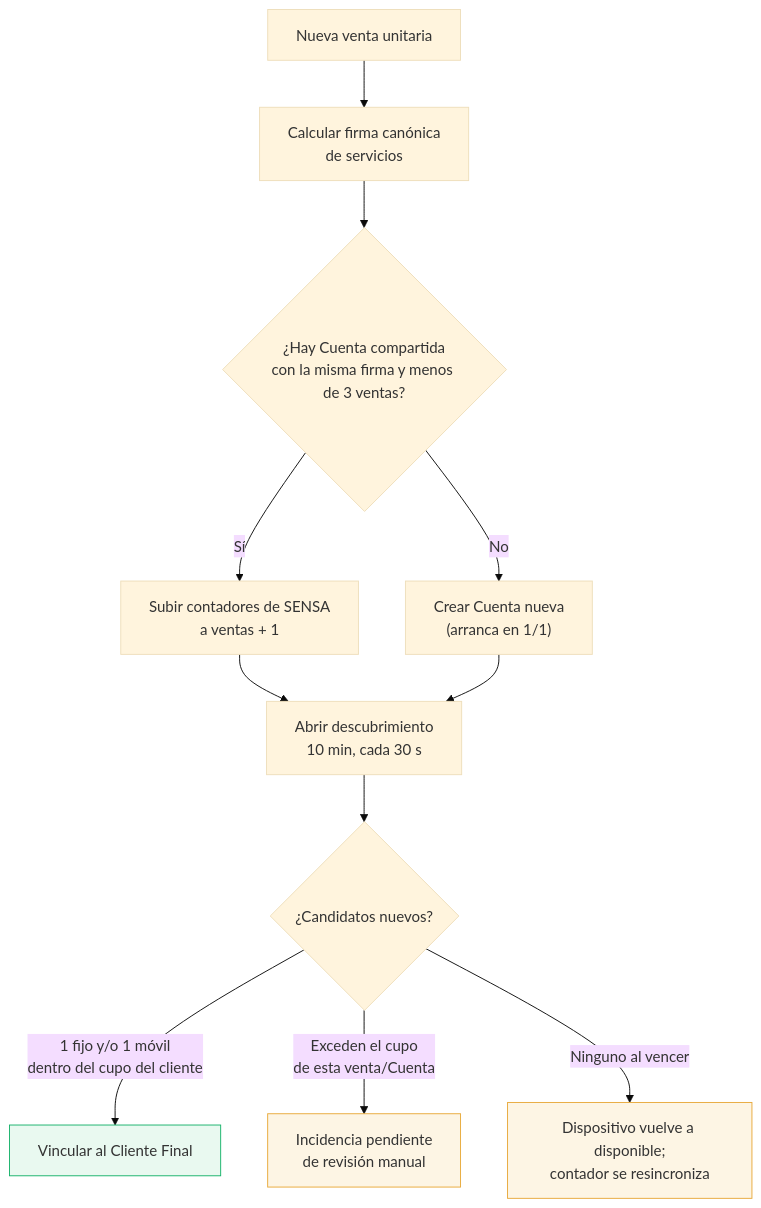
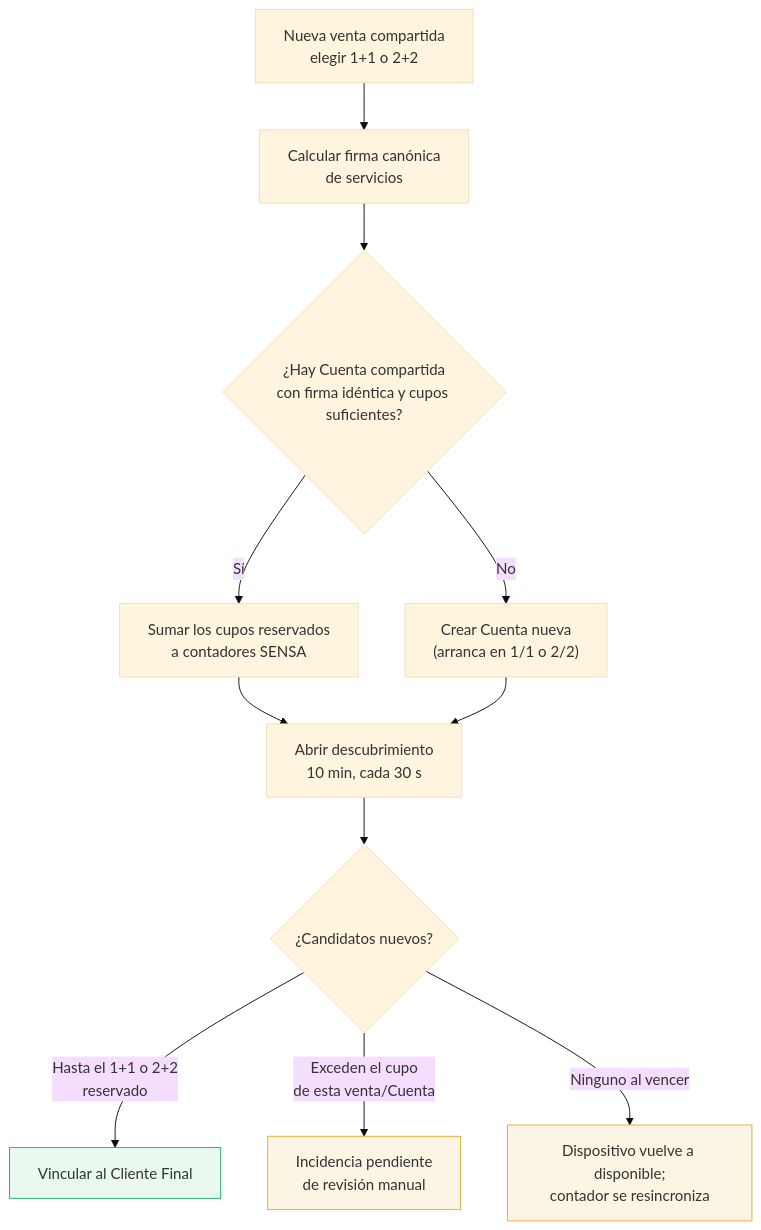
One commit to Leonel-18/iptvcontrol changed the diagram in vault/10 - Negocio/Capacidad de una Cuenta.md. Above: the diagram before and after it, drawn with Mermaid (base theme). The commit also changed other lines of this file and 37 other files, not shown here.

````diff
--- a/vault/10 - Negocio/Capacidad de una Cuenta.md
+++ b/vault/10 - Negocio/Capacidad de una Cuenta.md
@@ -41,18 +41,18 @@
 ```mermaid
 flowchart TD
-    A["Nueva venta unitaria"] --> B["Calcular firma canónica<br/>de servicios"]
-    B --> C{"¿Hay Cuenta compartida<br/>con la misma firma y menos de 3 ventas?"}
-    C -->|"Sí"| D["Subir contadores de SENSA<br/>a ventas + 1"]
-    C -->|"No"| E["Crear Cuenta nueva<br/>(arranca en 1/1)"]
+    A["Nueva venta compartida<br/>elegir 1+1 o 2+2"] --> B["Calcular firma canónica<br/>de servicios"]
+    B --> C{"¿Hay Cuenta compartida<br/>con firma idéntica y cupos suficientes?"}
+    C -->|"Sí"| D["Sumar los cupos reservados<br/>a contadores SENSA"]
+    C -->|"No"| E["Crear Cuenta nueva<br/>(arranca en 1/1 o 2/2)"]
     D --> F["Abrir descubrimiento<br/>10 min, cada 30 s"]
     E --> F
     F --> G{"¿Candidatos nuevos?"}
-    G -->|"1 fijo y/o 1 móvil<br/>dentro del cupo del cliente"| H["Vincular al Cliente Final"]
+    G -->|"Hasta el 1+1 o 2+2<br/>reservado"| H["Vincular al Cliente Final"]
     G -->|"Exceden el cupo<br/>de esta venta/Cuenta"| I["Incidencia pendiente<br/>de revisión manual"]
     G -->|"Ninguno al vencer"| J["Dispositivo vuelve a disponible;<br/>contador se resincroniza"]
 
     classDef ok fill:#E9F9F0,stroke:#17B26A
     classDef alerta fill:#FDF5E4,stroke:#E8A93A
     class H ok
     class I,J alerta
 ```
````
